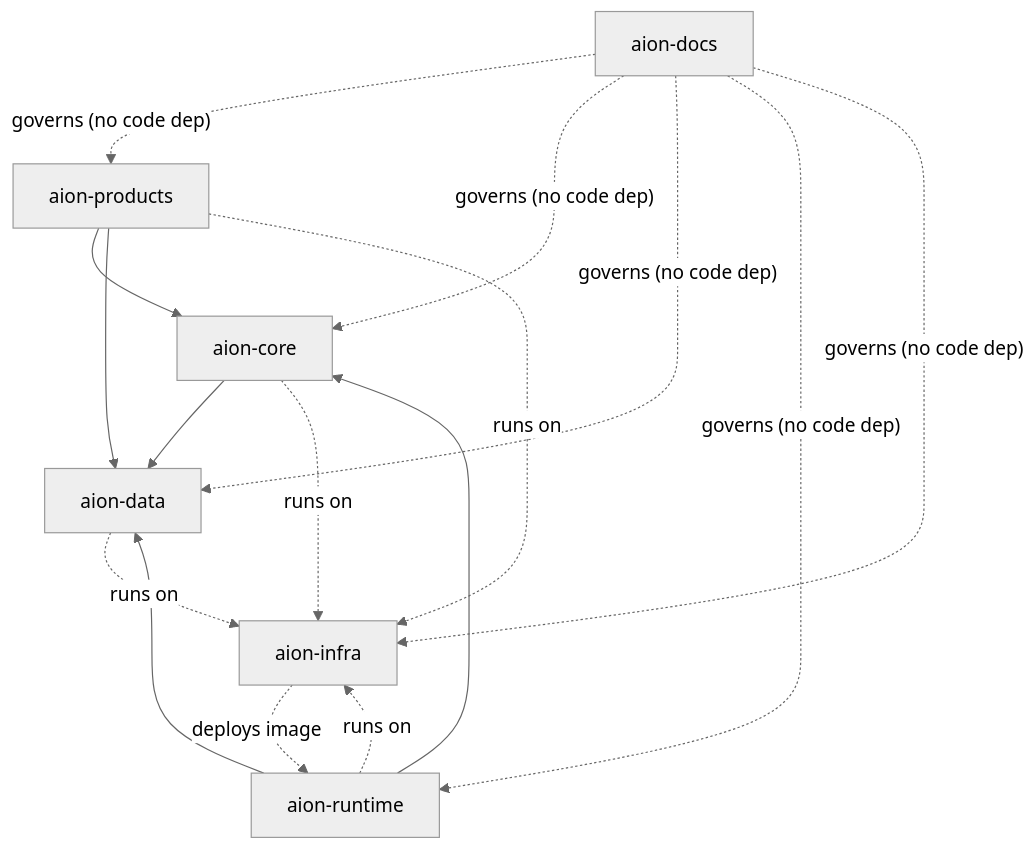
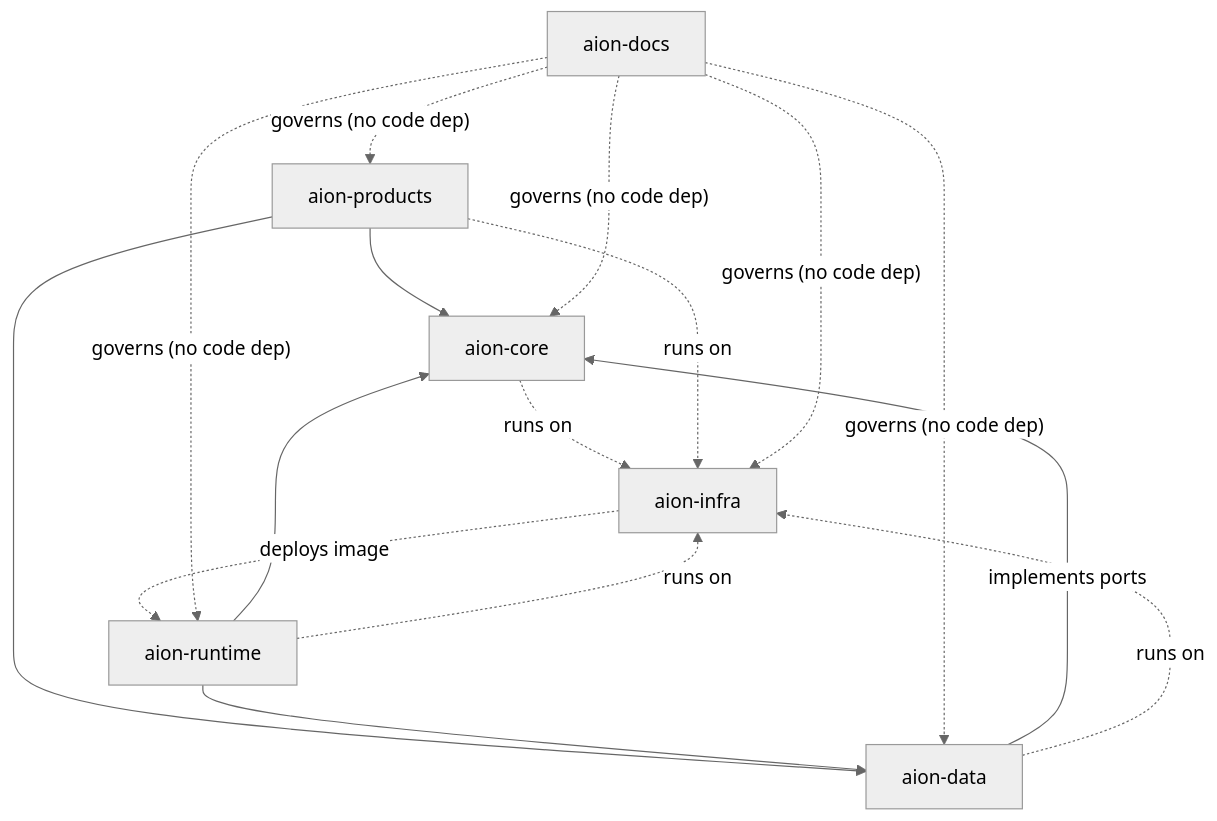
The diagram in repositories/dependency-rules.md (Ceoloo/aion-docs), drawn with Mermaid (neutral theme) before and after one commit. The commit also changed other lines of this file and 7 other files, not shown here.

````diff
--- a/repositories/dependency-rules.md
+++ b/repositories/dependency-rules.md
@@ -10,14 +10,14 @@
 ```mermaid
 flowchart TD
     PROD["aion-products"] --> CORE["aion-core"]
     PROD --> DATA["aion-data"]
     RUNTIME["aion-runtime"] --> CORE
     RUNTIME --> DATA
-    CORE --> DATA
+    DATA -- "implements ports" --> CORE
     CORE -. runs on .-> INFRA["aion-infra"]
     DATA -. runs on .-> INFRA
     RUNTIME -. runs on .-> INFRA
     PROD -. runs on .-> INFRA
     INFRA -. deploys image .-> RUNTIME
     DOCS["aion-docs"] -. governs (no code dep) .-> PROD & CORE & DATA & RUNTIME & INFRA
 ```
````
